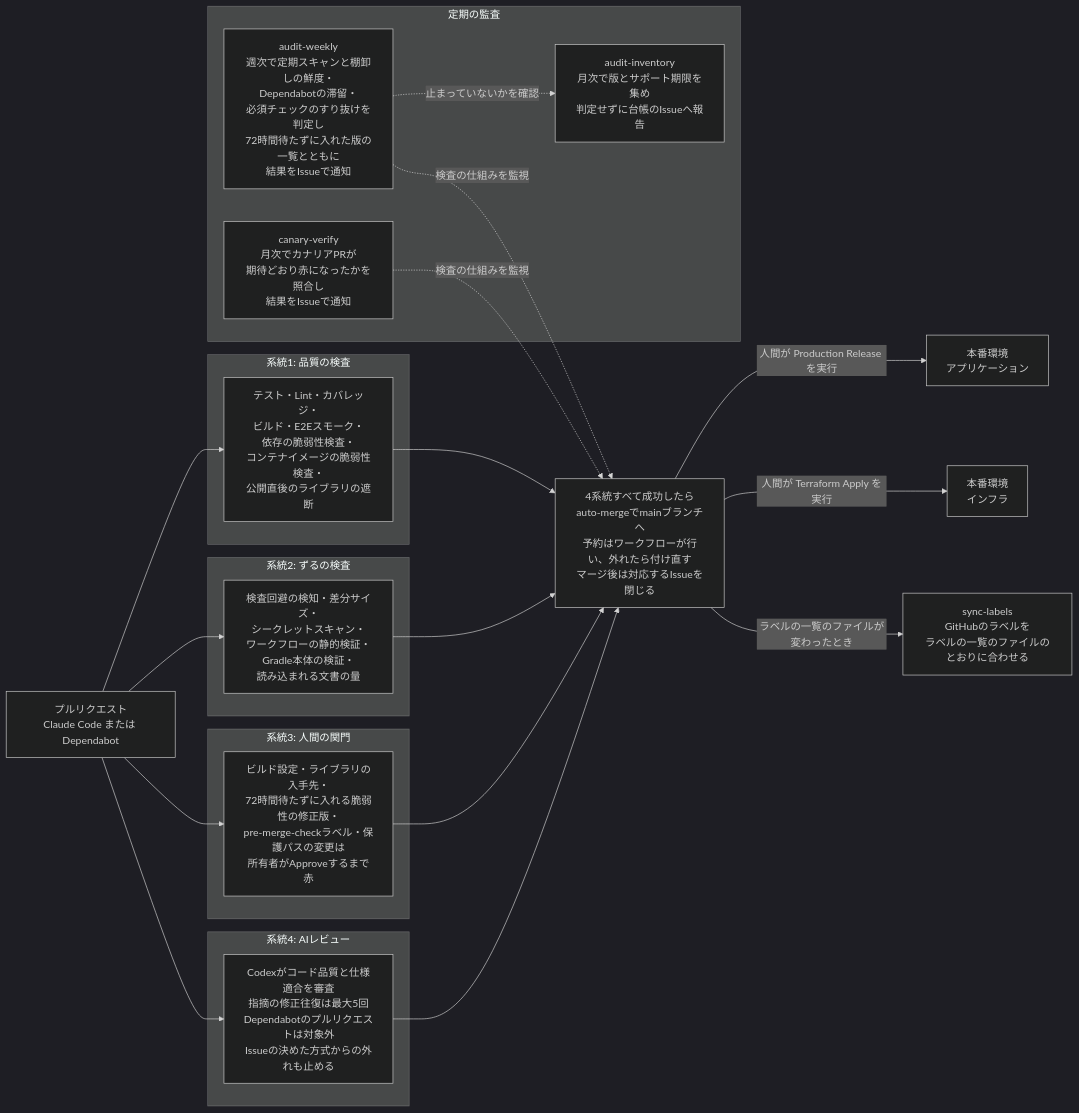
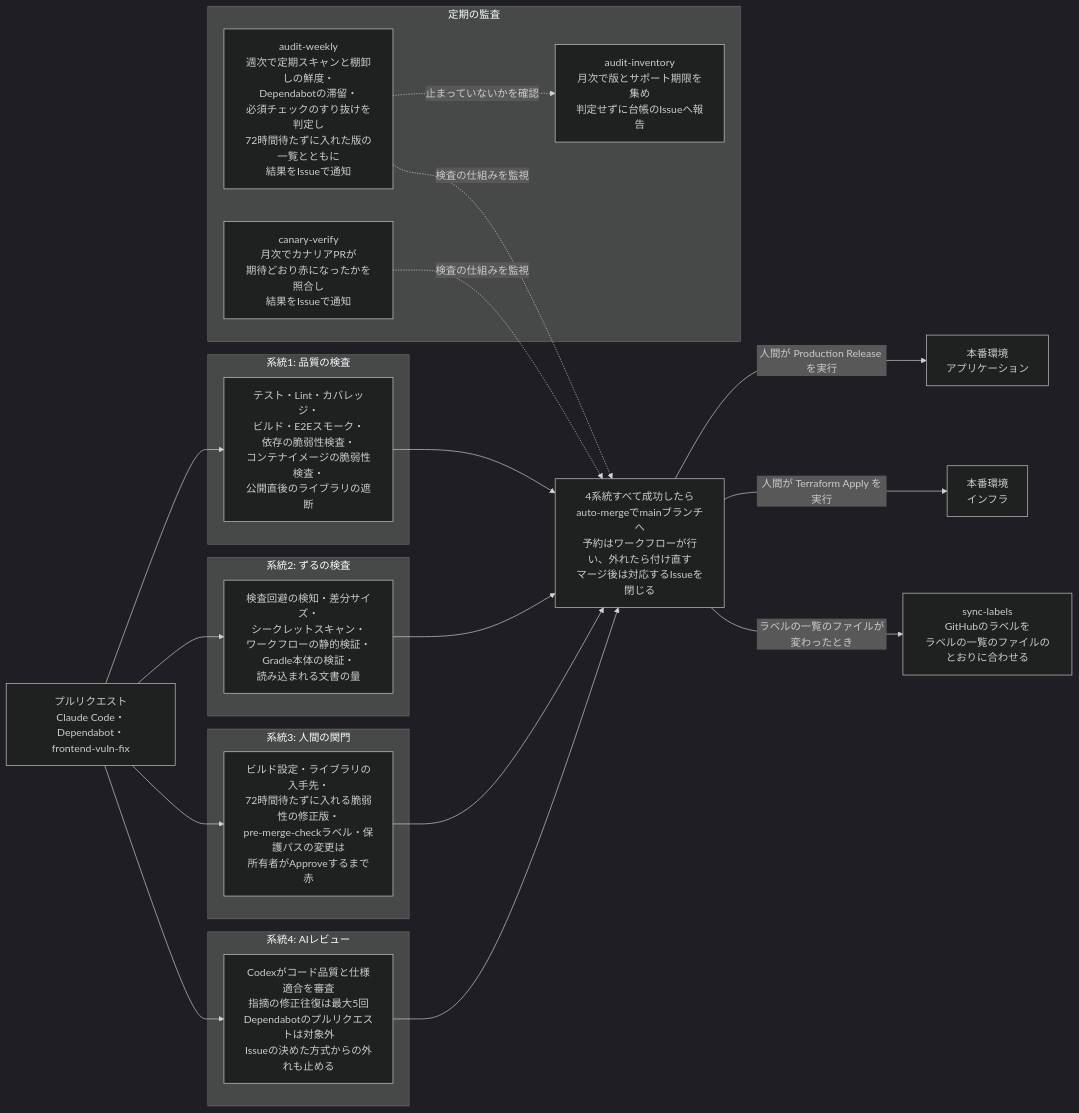
One commit to DogisRiki/KeirekiPro changed the first of 2 diagrams in README.md. Above: the diagram before and after it, drawn with Mermaid (dark theme). The commit also changed other lines of this file and 5 other files, not shown here.

First line of the commit message:
ci: Dependabot が PR を作らない frontend の間接依存の警告について、版を上げる PR を毎日自動で作る

````diff
--- a/README.md
+++ b/README.md
@@ -53,37 +53,37 @@
 ```mermaid
 flowchart LR
-    PR[プルリクエスト<br>Claude Code または Dependabot]
+    PR[プルリクエスト<br>Claude Code・Dependabot・<br>frontend-vuln-fix]
 
     subgraph s1[系統1: 品質の検査]
         Q[テスト・Lint・カバレッジ・<br>ビルド・E2Eスモーク・<br>依存の脆弱性検査・<br>コンテナイメージの脆弱性検査・<br>公開直後のライブラリの遮断]
     end
     subgraph s2[系統2: ずるの検査]
         Z[検査回避の検知・差分サイズ・<br>シークレットスキャン・<br>ワークフローの静的検証・<br>Gradle本体の検証・<br>読み込まれる文書の量]
     end
     subgraph s3[系統3: 人間の関門]
         H[ビルド設定・ライブラリの入手先・<br>72時間待たずに入れる脆弱性の修正版・<br>pre-merge-checkラベル・保護パスの変更は<br>所有者がApproveするまで赤]
     end
     subgraph s4[系統4: AIレビュー]
         A[Codexがコード品質と仕様適合を審査<br>指摘の修正往復は最大5回<br>Dependabotのプルリクエストは対象外<br>Issueの決めた方式からの外れも止める]
     end
 
     PR --> Q
     PR --> Z
     PR --> H
     PR --> A
 
     Q & Z & H & A --> M[4系統すべて成功したら<br>auto-mergeでmainブランチへ<br>予約はワークフローが行い、外れたら付け直す<br>マージ後は対応するIssueを閉じる]
 
     M -->|人間が Production Release を実行| App[本番環境<br>アプリケーション]
     M -->|人間が Terraform Apply を実行| Infra[本番環境<br>インフラ]
     M -->|ラベルの一覧のファイルが変わったとき| Labels[sync-labels<br>GitHubのラベルを<br>ラベルの一覧のファイルのとおりに合わせる]
 
     subgraph s5[定期の監査]
         AW[audit-weekly<br>週次で定期スキャンと棚卸しの鮮度・<br>Dependabotの滞留・<br>必須チェックのすり抜けを判定し<br>72時間待たずに入れた版の一覧とともに<br>結果をIssueで通知]
         CV[canary-verify<br>月次でカナリアPRが<br>期待どおり赤になったかを照合し<br>結果をIssueで通知]
         AI[audit-inventory<br>月次で版とサポート期限を集め<br>判定せずに台帳のIssueへ報告]
     end
 
     AW & CV -.検査の仕組みを監視.-> M
     AW -.止まっていないかを確認.-> AI
 ```
````
